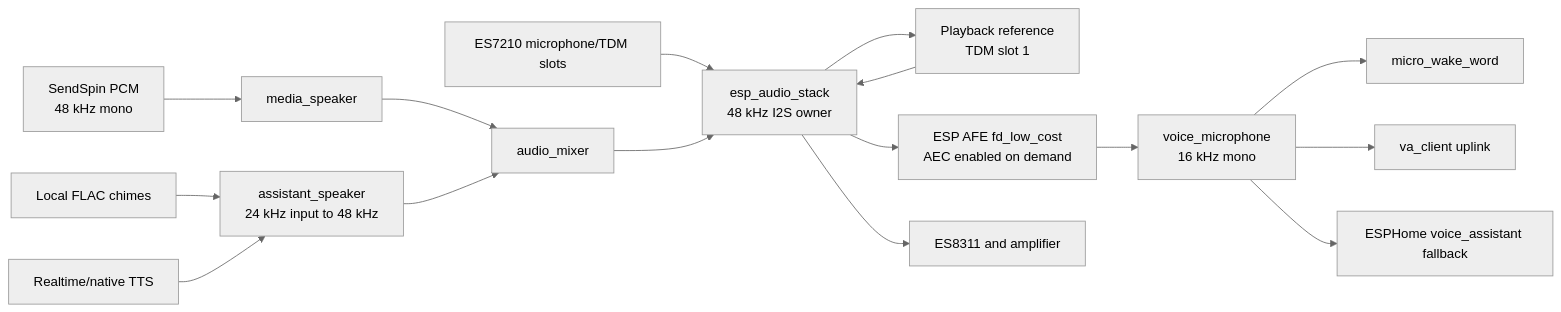
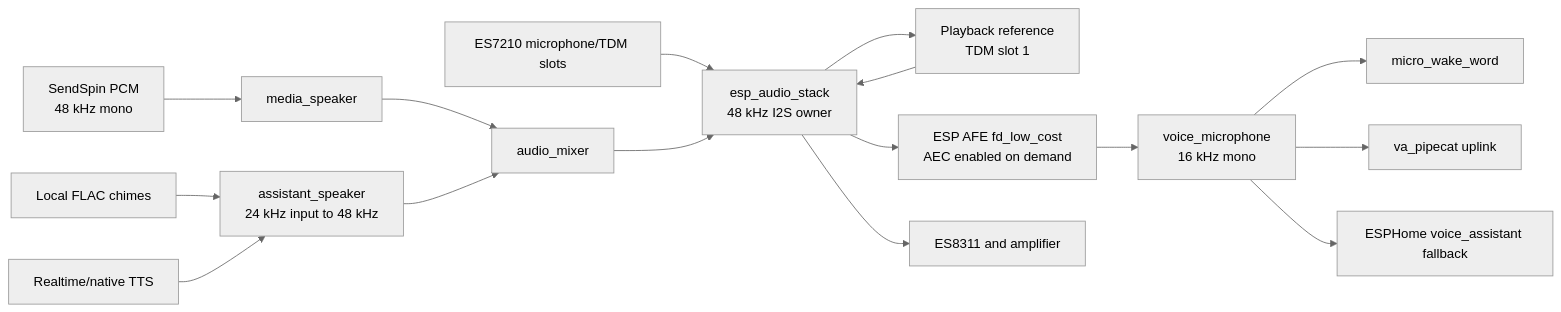
Before and after one commit to kyvaith/Atmosfera-Echo-Hub: the first of 2 diagrams in docs/architecture/audio-voice.md, drawn with Mermaid (neutral theme). The commit also changed other lines of this file and 7 other files, not shown here.

Commit message:
Replace realtime voice backend with Pipecat

````diff
--- a/docs/architecture/audio-voice.md
+++ b/docs/architecture/audio-voice.md
@@ -29,36 +29,36 @@
 ```mermaid
 flowchart LR
     MICS["ES7210 microphone/TDM slots"]
     REF["Playback reference<br/>TDM slot 1"]
     STACK["esp_audio_stack<br/>48 kHz I2S owner"]
     AFE["ESP AFE fd_low_cost<br/>AEC enabled on demand"]
     MIC16["voice_microphone<br/>16 kHz mono"]
     WAKE["micro_wake_word"]
-    REALTIME["va_client uplink"]
+    REALTIME["va_pipecat uplink"]
     NATIVE["ESPHome voice_assistant fallback"]
 
     SENDSPIN["SendSpin PCM<br/>48 kHz mono"]
     LOCAL["Local FLAC chimes"]
     TTS["Realtime/native TTS"]
     MEDIA_RESAMPLE["media_speaker"]
     VA_RESAMPLE["assistant_speaker<br/>24 kHz input to 48 kHz"]
     MIXER["audio_mixer"]
     DAC["ES8311 and amplifier"]
 
     MICS --> STACK
     REF --> STACK
     STACK --> AFE
     AFE --> MIC16
     MIC16 --> WAKE
     MIC16 --> REALTIME
     MIC16 --> NATIVE
 
     SENDSPIN --> MEDIA_RESAMPLE
     LOCAL --> VA_RESAMPLE
     TTS --> VA_RESAMPLE
     MEDIA_RESAMPLE --> MIXER
     VA_RESAMPLE --> MIXER
     MIXER --> STACK
     STACK --> DAC
     STACK --> REF
 ```
````
